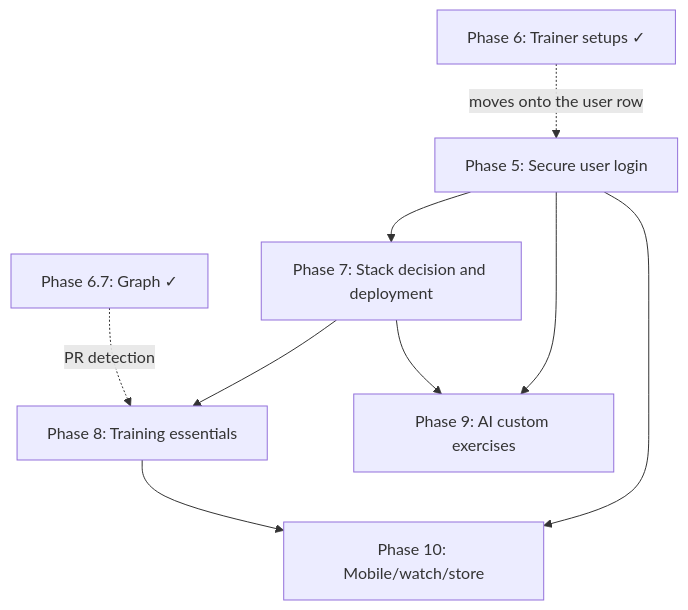
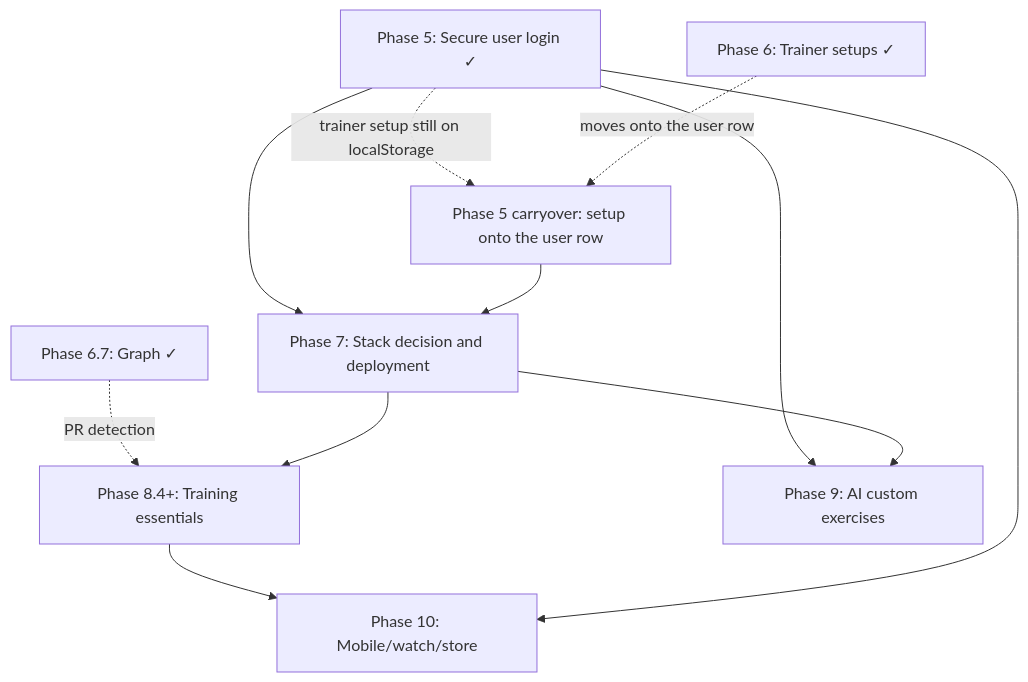
Before and after one commit to justins-li/Body-Shop: the diagram in docs/ROADMAP.md, drawn with Mermaid. The commit also changed other lines of this file and 3 other files, not shown here.

````diff
--- a/docs/ROADMAP.md
+++ b/docs/ROADMAP.md
@@ -167,11 +181,13 @@
 ```mermaid
 graph TD
-  P6[Phase 6: Trainer setups ✓] -.moves onto the user row.-> P5[Phase 5: Secure user login]
+  P5[Phase 5: Secure user login ✓] -.trainer setup still on localStorage.-> P5a[Phase 5 carryover: setup onto the user row]
+  P6[Phase 6: Trainer setups ✓] -.moves onto the user row.-> P5a
   P67[Phase 6.7: Graph ✓] -.PR detection.-> P8
   P5 --> P7[Phase 7: Stack decision and deployment]
-  P7 --> P8[Phase 8: Training essentials]
+  P5a --> P7
+  P7 --> P8[Phase 8.4+: Training essentials]
   P5 --> P9[Phase 9: AI custom exercises]
   P7 --> P9
   P8 --> P10[Phase 10: Mobile/watch/store]
   P5 --> P10
 ```
````
